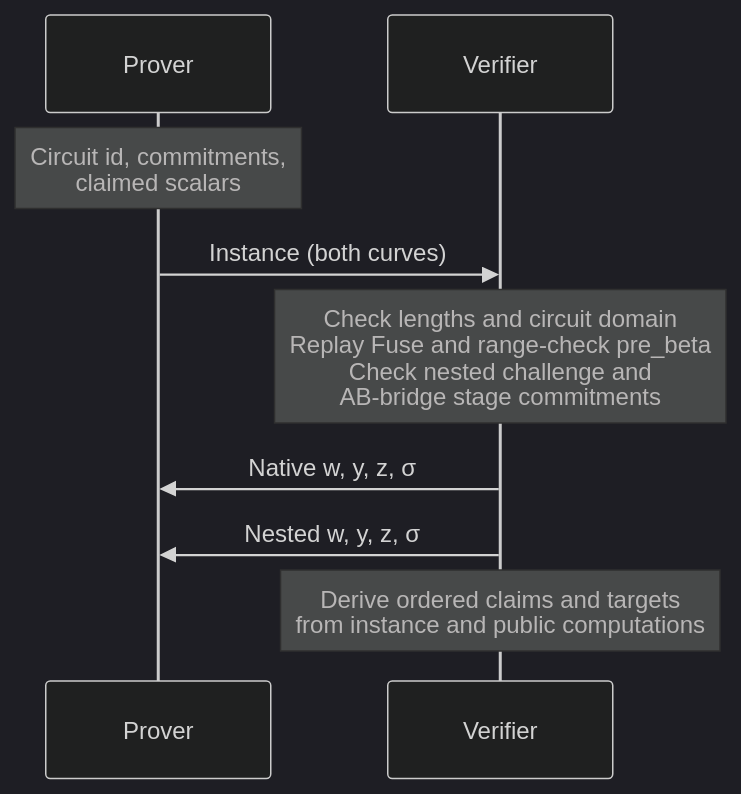
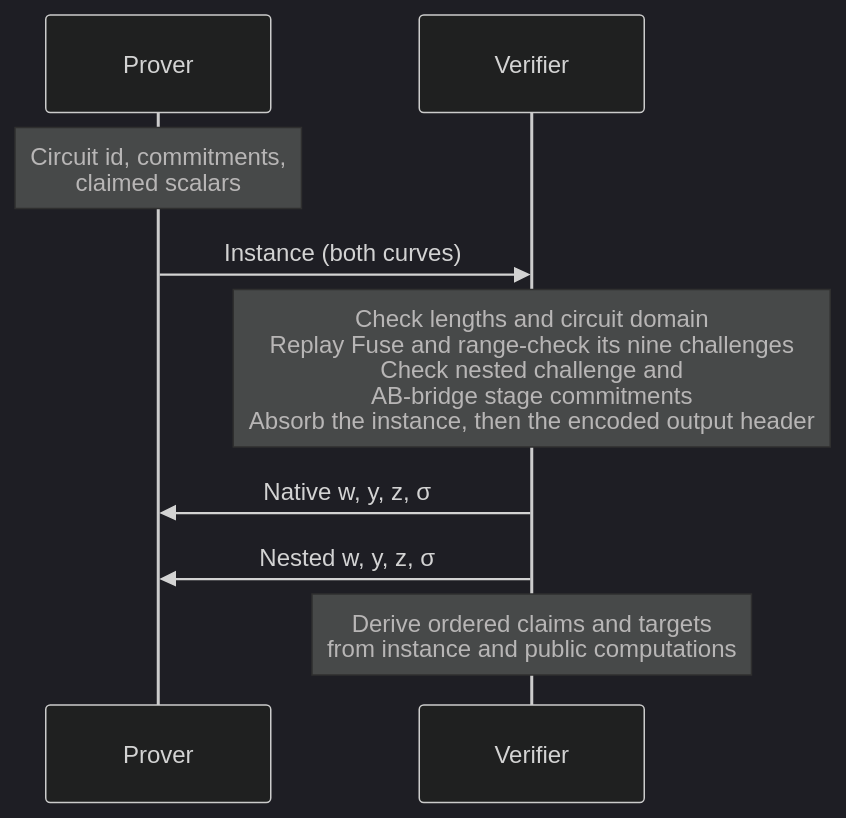
One commit to tachyon-zcash/ragu changed the first of 3 diagrams in book/src/protocol/recursion/compression.md. Above: the diagram before and after it, drawn with Mermaid (dark theme). The commit also changed other lines of this file and 1 other file, not shown here.

````diff
--- a/book/src/protocol/recursion/compression.md
+++ b/book/src/protocol/recursion/compression.md
@@ -32,11 +58,11 @@
 ```mermaid
 sequenceDiagram
     participant P as Prover
     participant V as Verifier
     Note over P: Circuit id, commitments,<br/>claimed scalars
     P->>V: Instance (both curves)
-    Note over V: Check lengths and circuit domain<br/>Replay Fuse and range-check pre_beta<br/>Check nested challenge and<br/>AB-bridge stage commitments
+    Note over V: Check lengths and circuit domain<br/>Replay Fuse and range-check its nine challenges<br/>Check nested challenge and<br/>AB-bridge stage commitments<br/>Absorb the instance, then the encoded output header
     V->>P: Native w, y, z, σ
     V->>P: Nested w, y, z, σ
     Note over V: Derive ordered claims and targets<br/>from instance and public computations
 ```
````
